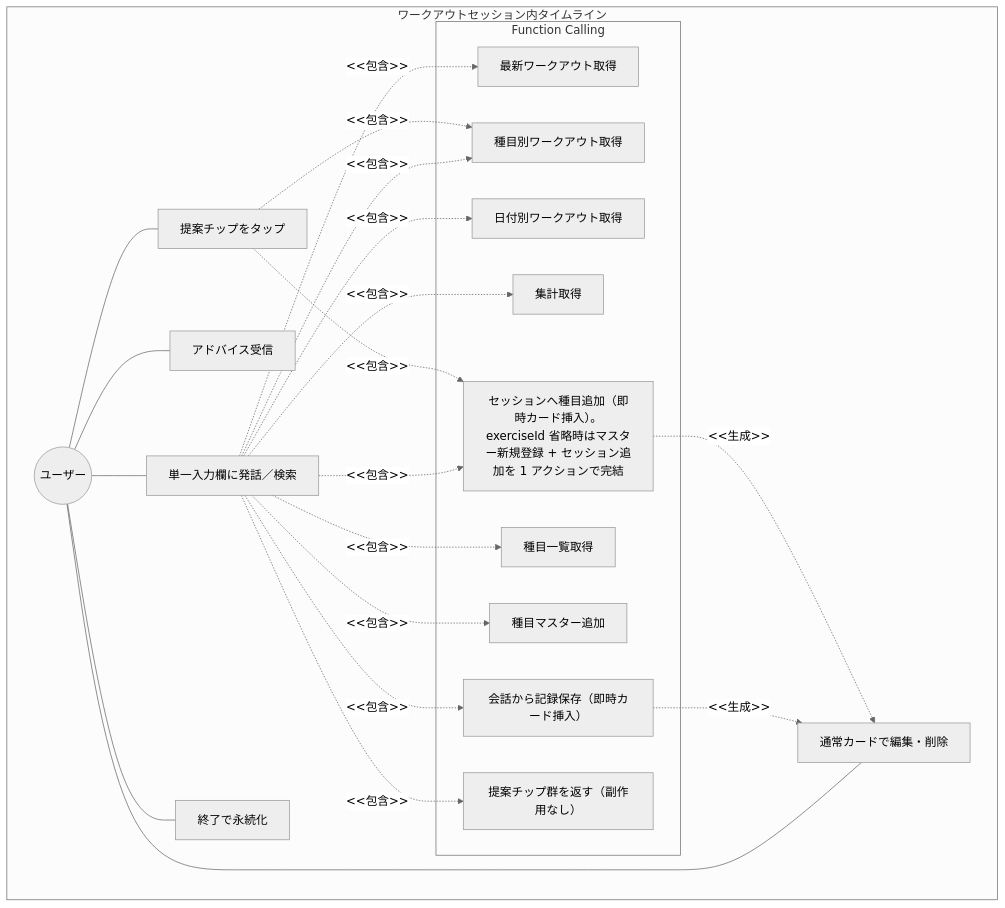
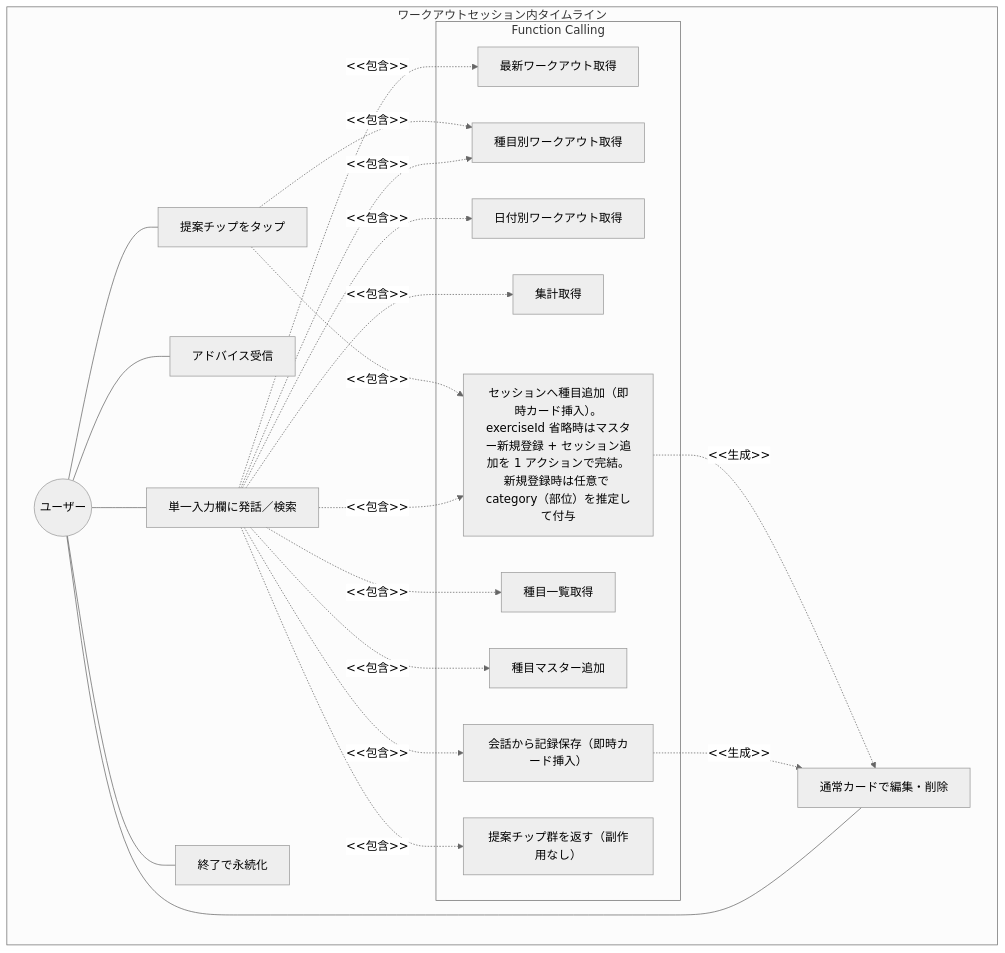
The first of 2 diagrams in docs/prd/ai-chat/index.md (SakumaTakuya/gymini), drawn with Mermaid (neutral theme) before and after one commit. The commit also changed other lines of this file and 30 other files, not shown here.

````diff
--- a/docs/prd/ai-chat/index.md
+++ b/docs/prd/ai-chat/index.md
@@ -33,42 +33,42 @@
 ```mermaid
 graph TB
     subgraph "ワークアウトセッション内タイムライン"
         User((ユーザー))
         UnifiedInput[単一入力欄に発話／検索]
         ReceiveAdvice[アドバイス受信]
         SelectProposalChip[提案チップをタップ]
         EditCard[通常カードで編集・削除]
         EndSession[終了で永続化]
 
         subgraph "Function Calling"
             GetRecent[最新ワークアウト取得]
             GetByExercise[種目別ワークアウト取得]
             GetByDate[日付別ワークアウト取得]
             GetSummary[集計取得]
             SaveWorkout[会話から記録保存（即時カード挿入）]
             GetExercises[種目一覧取得]
             AddExercise[種目マスター追加]
-            AddExerciseToSession[セッションへ種目追加（即時カード挿入）。exerciseId 省略時はマスター新規登録 + セッション追加を 1 アクションで完結]
+            AddExerciseToSession[セッションへ種目追加（即時カード挿入）。exerciseId 省略時はマスター新規登録 + セッション追加を 1 アクションで完結。新規登録時は任意で category（部位）を推定して付与]
             ProposeAction[提案チップ群を返す（副作用なし）]
         end
     end
 
     User --- UnifiedInput
     User --- ReceiveAdvice
     User --- SelectProposalChip
     User --- EditCard
     User --- EndSession
     UnifiedInput -.->|"<<包含>>"| GetRecent
     UnifiedInput -.->|"<<包含>>"| GetByExercise
     UnifiedInput -.->|"<<包含>>"| GetByDate
     UnifiedInput -.->|"<<包含>>"| GetSummary
     UnifiedInput -.->|"<<包含>>"| SaveWorkout
     UnifiedInput -.->|"<<包含>>"| GetExercises
     UnifiedInput -.->|"<<包含>>"| AddExercise
     UnifiedInput -.->|"<<包含>>"| AddExerciseToSession
     UnifiedInput -.->|"<<包含>>"| ProposeAction
     SaveWorkout -.->|"<<生成>>"| EditCard
     AddExerciseToSession -.->|"<<生成>>"| EditCard
     SelectProposalChip -.->|"<<包含>>"| AddExerciseToSession
     SelectProposalChip -.->|"<<包含>>"| GetByExercise
 ```
````
